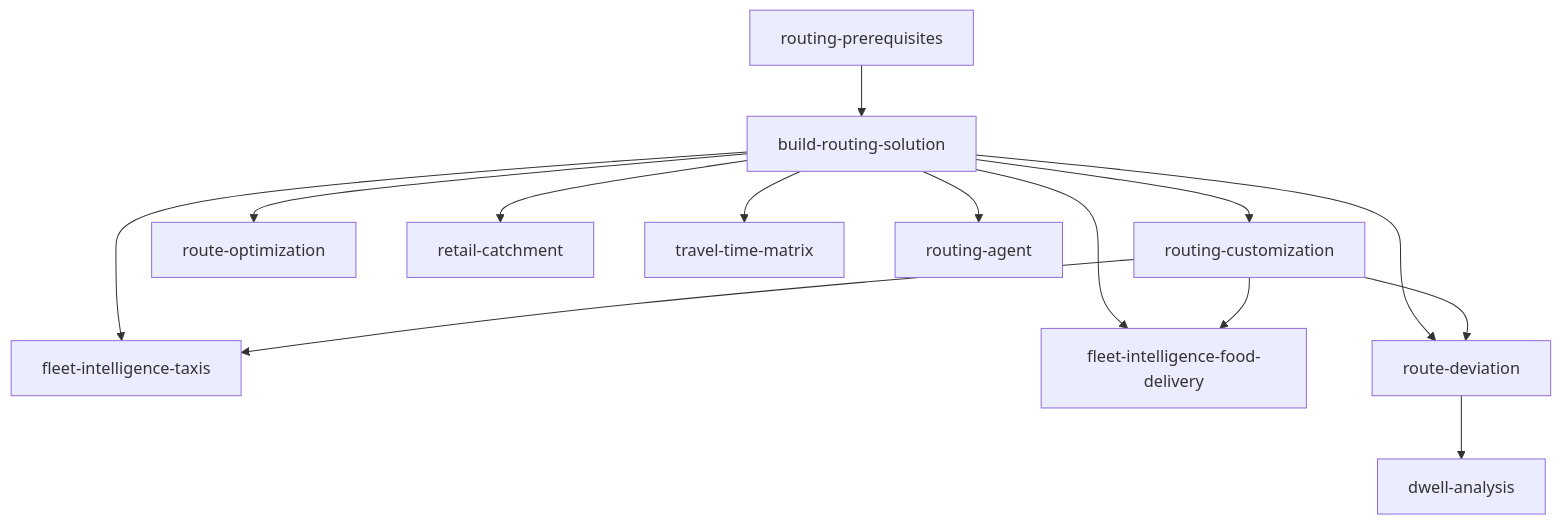
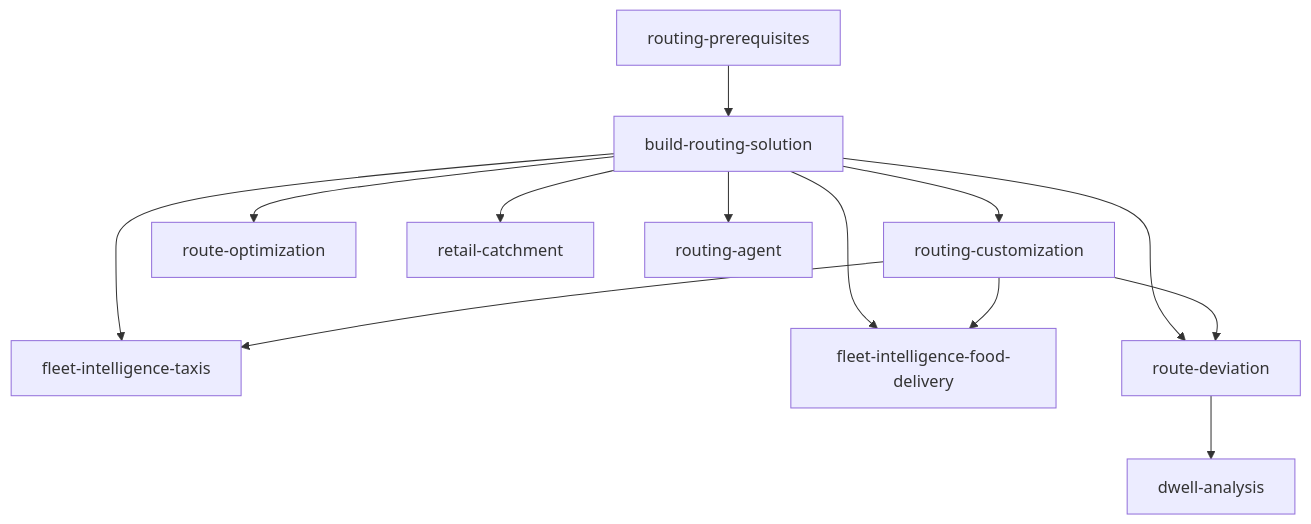
Before and after one commit to Snowflake-Labs/sfguide-create-a-route-optimisation-and-vehicle-route-plan-simulator: the third of 3 diagrams in README.md, drawn with Mermaid. The commit also changed other lines of this file and 1 other file, not shown here.

````diff
--- a/README.md
+++ b/README.md
@@ -206,16 +205,15 @@
 ```mermaid
 graph TD
     RP[routing-prerequisites] --> BRS[build-routing-solution]
     BRS --> RC[routing-customization]
     BRS --> RO[route-optimization]
     BRS --> FIT[fleet-intelligence-taxis]
     BRS --> FIFD[fleet-intelligence-food-delivery]
     BRS --> RET[retail-catchment]
     BRS --> RD[route-deviation]
-    BRS --> TTM[travel-time-matrix]
     BRS --> RA[routing-agent]
     RC --> FIT
     RC --> FIFD
     RC --> RD
     RD --> DA[dwell-analysis]
 ```
````
